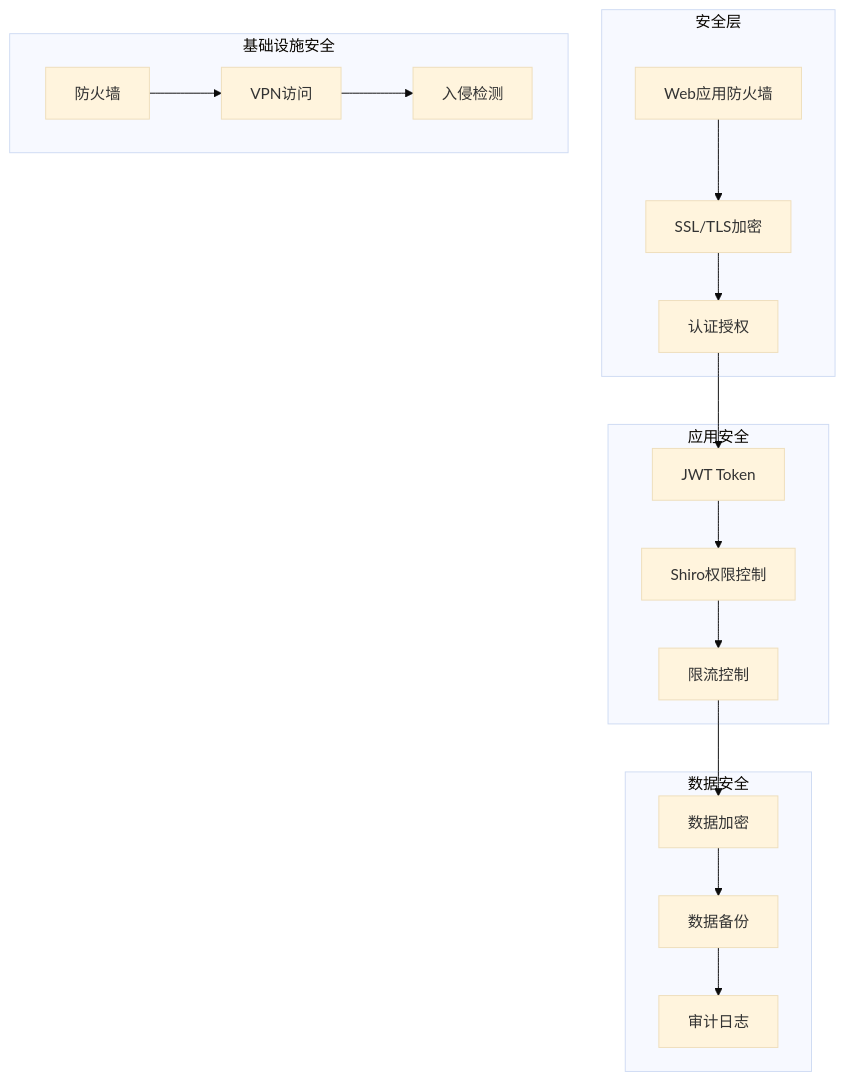
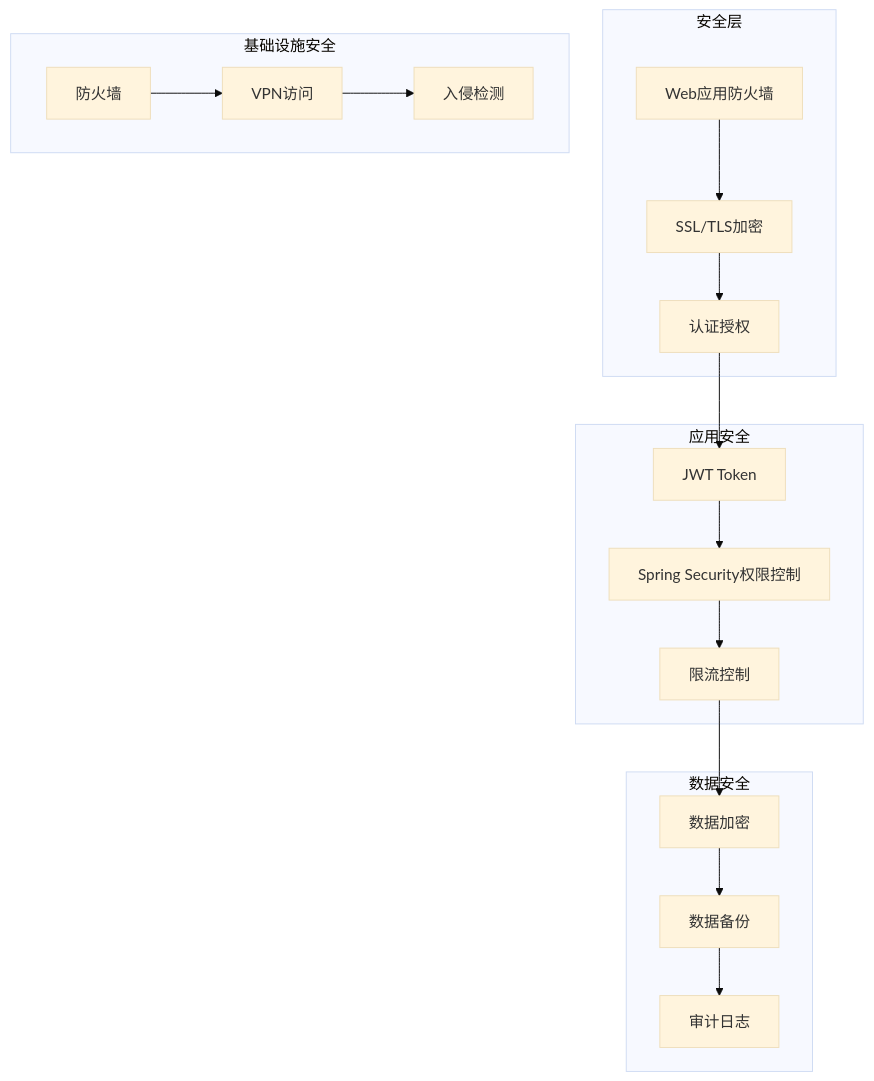
The seventh of 11 diagrams in docs/architecture/系统架构图.md (kkkqkx123/litemall), drawn with Mermaid (base theme) before and after one commit. The commit also changed 25 other files, not shown here.

````diff
--- a/docs/architecture/系统架构图.md
+++ b/docs/architecture/系统架构图.md
@@ -250,38 +250,38 @@
 ```mermaid
 graph TB
     subgraph "安全层"
         WAF[Web应用防火墙]
         SSL[SSL/TLS加密]
         AUTH[认证授权]
     end
     
     subgraph "应用安全"
         JWT[JWT Token]
-        Shiro[Shiro权限控制]
+        SpringSecurity[Spring Security权限控制]
         RateLimit[限流控制]
     end
     
     subgraph "数据安全"
         Encrypt[数据加密]
         Backup[数据备份]
         Audit[审计日志]
     end
     
     subgraph "基础设施安全"
         FW[防火墙]
         VPN[VPN访问]
         IDS[入侵检测]
     end
     
     WAF --> SSL
     SSL --> AUTH
     AUTH --> JWT
-    JWT --> Shiro
-    Shiro --> RateLimit
+    JWT --> SpringSecurity
+    SpringSecurity --> RateLimit
     RateLimit --> Encrypt
     Encrypt --> Backup
     Backup --> Audit
     
     FW --> VPN
     VPN --> IDS
 ```
````
